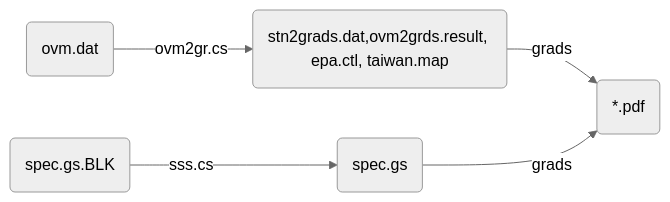
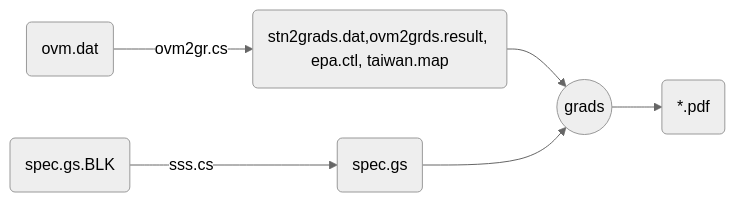
The diagram in _posts/2022-07-21-ovm2grads.md (sinotec2/FAQ), drawn with Mermaid (neutral theme) before and after one commit.

````diff
--- a/_posts/2022-07-21-ovm2grads.md
+++ b/_posts/2022-07-21-ovm2grads.md
@@ -21,7 +21,8 @@
 ```mermaid
 graph LR
     A(ovm.dat) -- ovm2gr.cs --> B(stn2grads.dat,ovm2grds.result, epa.ctl, taiwan.map)
     D(spec.gs.BLK) -- sss.cs --> C(spec.gs)
-    B -- grads --> E(*.pdf)
-    C -- grads --> E(*.pdf)
+    B --> E((grads))
+    C --> E
+    E --> F(*.pdf)
 ```
````
